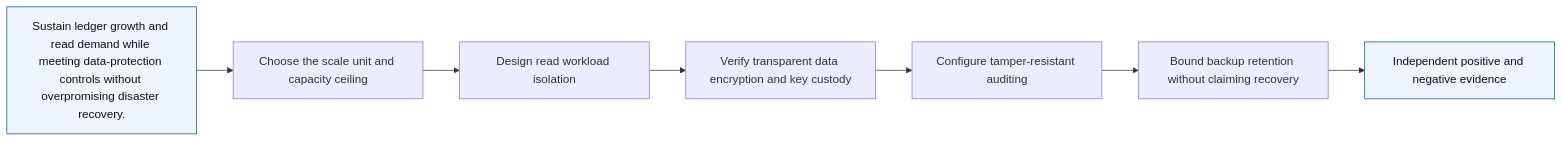
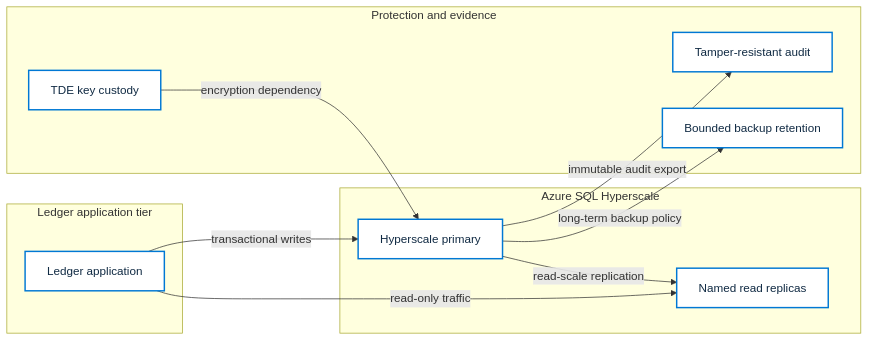
One commit to Jamonygr/Azure-Solutions-Architect-Expert changed the diagram in labs/09-relational-scale-protection/diagrams/architecture.mmd. Above: the diagram before and after it, drawn with Mermaid. The commit also changed 144 other files, not shown here.

```diff
--- a/labs/09-relational-scale-protection/diagrams/architecture.mmd
+++ b/labs/09-relational-scale-protection/diagrams/architecture.mmd
@@ -1,12 +1,23 @@
 %% BEGIN GENERATED AZ305 V1
 flowchart LR
-    R["Sustain ledger growth and read demand while meeting data-protection controls without overpromising disaster recovery."]
-    R --> C1["Choose the scale unit and capacity ceiling"]
-    C1 --> C2["Design read workload isolation"]
-    C2 --> C3["Verify transparent data encryption and key custody"]
-    C3 --> C4["Configure tamper-resistant auditing"]
-    C4 --> C5["Bound backup retention without claiming recovery"]
-    C5 --> E["Independent positive and negative evidence"]
-    classDef boundary fill:#eef5ff,stroke:#005a9e,color:#111
-    class R,E boundary
+    subgraph B_application_tier["Ledger application tier"]
+        N_ledger["Ledger application"]
+    end
+    subgraph B_hyperscale_service["Azure SQL Hyperscale"]
+        N_primary["Hyperscale primary"]
+        N_replicas["Named read replicas"]
+    end
+    subgraph B_protection_evidence["Protection and evidence"]
+        N_key_custody["TDE key custody"]
+        N_audit["Tamper-resistant audit"]
+        N_retention["Bounded backup retention"]
+    end
+    N_ledger -->|"transactional writes"| N_primary
+    N_ledger -->|"read-only traffic"| N_replicas
+    N_primary -->|"read-scale replication"| N_replicas
+    N_key_custody -->|"encryption dependency"| N_primary
+    N_primary -->|"immutable audit export"| N_audit
+    N_primary -->|"long-term backup policy"| N_retention
+    classDef service fill:#ffffff,stroke:#0078d4,color:#102a43,stroke-width:2px
+    class N_ledger,N_primary,N_replicas,N_key_custody,N_audit,N_retention service
 %% END GENERATED AZ305 V1
```
